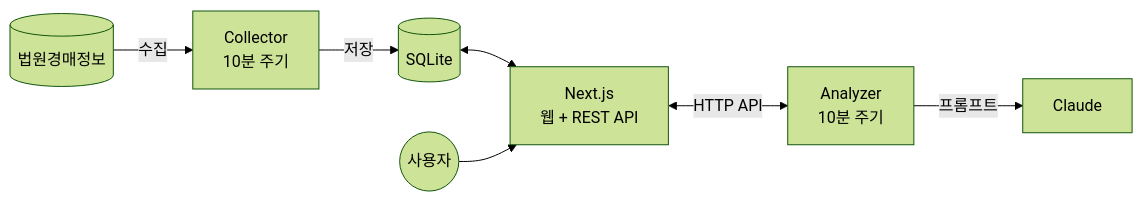
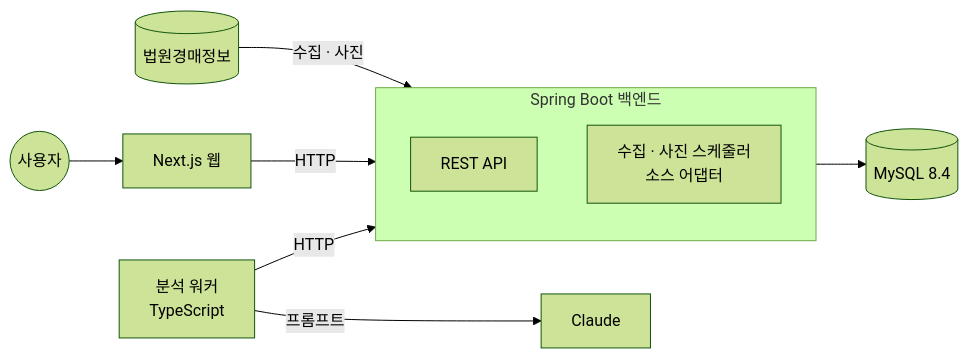
One commit to CHO-YoungSeok/AuctionBoss changed the diagram in README.md. Above: the diagram before and after it, drawn with Mermaid (forest theme). The commit also changed other lines of this file and 7 other files, not shown here.

First line of the commit message:
docs: 5단계 수치 기록과 문서를 Spring + MySQL 단일 구성으로 갱신 (5단계 9장)

````diff
--- a/README.md
+++ b/README.md
@@ -64,9 +61,14 @@
 ```mermaid
 flowchart LR
-    SRC[(법원경매정보)] -->|수집| COL[Collector<br/>10분 주기]
-    COL -->|저장| DB[(SQLite)]
-    DB <--> WEB[Next.js<br/>웹 + REST API]
-    WEB <-->|HTTP API| ANA[Analyzer<br/>10분 주기]
+    SRC[(법원경매정보)] -->|수집 · 사진| BE
+    subgraph BE[Spring Boot 백엔드]
+        direction TB
+        API[REST API]
+        SCH[수집 · 사진 스케줄러<br/>소스 어댑터]
+    end
+    BE --> DB[(MySQL 8.4)]
+    WEB[Next.js 웹] -->|HTTP| API
+    ANA[분석 워커<br/>TypeScript] -->|HTTP| API
     ANA -->|프롬프트| LLM[Claude]
     USER((사용자)) --> WEB
 ```
````
